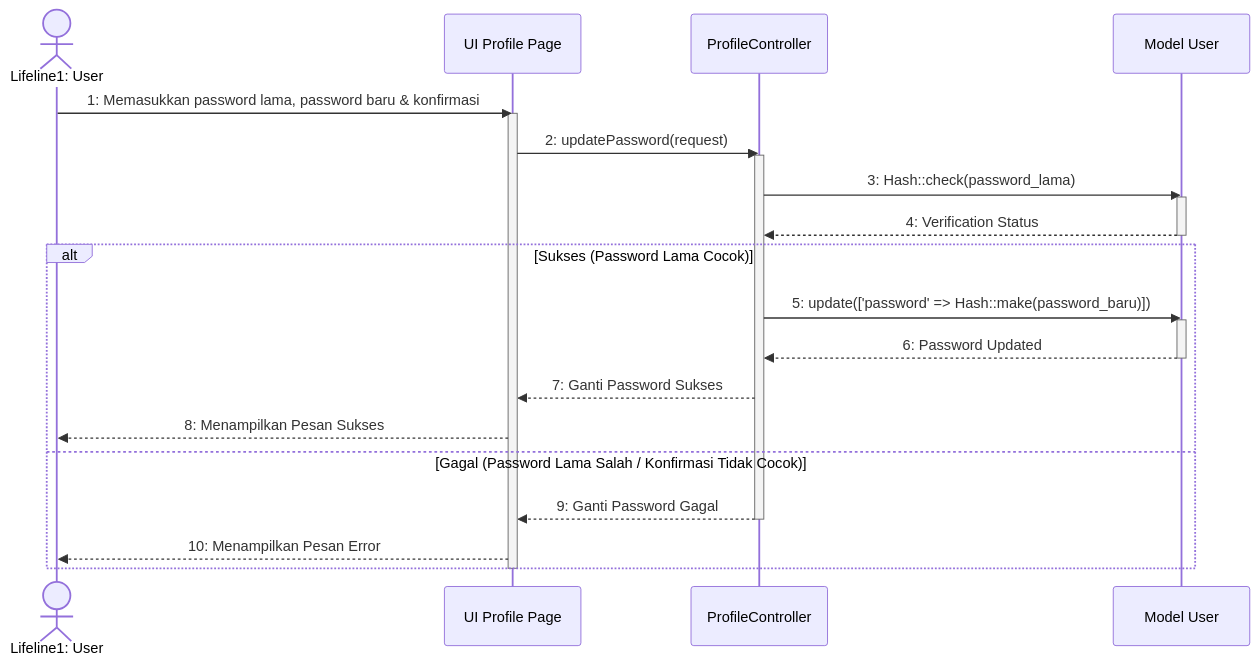
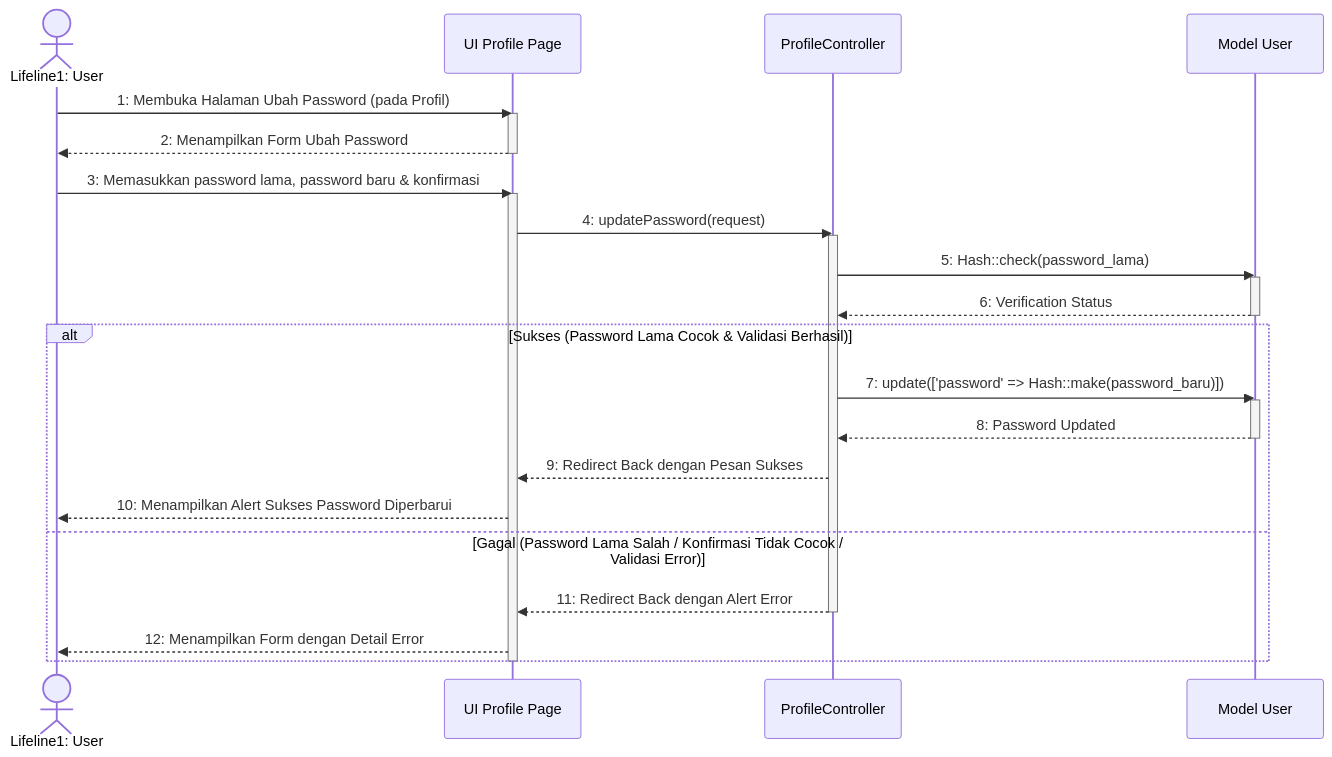
Before and after one commit to Duandi04/ta_submission: the diagram in docs/uml/Sequence Diagram/User/sequence_diagram_ganti_password.md, drawn with Mermaid. The commit also changed 28 other files, not shown here.

Commit message:
refactor: implement program study settings and update UML documentation for Kaprodi configuration

````diff
--- a/docs/uml/Sequence Diagram/User/sequence_diagram_ganti_password.md
+++ b/docs/uml/Sequence Diagram/User/sequence_diagram_ganti_password.md
@@ -5,30 +5,35 @@
 ```mermaid
 sequenceDiagram
     actor User as Lifeline1: User
     participant UI as UI Profile Page
     participant Ctrl as ProfileController
     participant Model as Model User
 
-    User->>UI: 1: Memasukkan password lama, password baru & konfirmasi
+    User->>UI: 1: Membuka Halaman Ubah Password (pada Profil)
     activate UI
-    UI->>Ctrl: 2: updatePassword(request)
+    UI-->>User: 2: Menampilkan Form Ubah Password
+    deactivate UI
+
+    User->>UI: 3: Memasukkan password lama, password baru & konfirmasi
+    activate UI
+    UI->>Ctrl: 4: updatePassword(request)
     activate Ctrl
-    Ctrl->>Model: 3: Hash::check(password_lama)
+    Ctrl->>Model: 5: Hash::check(password_lama)
     activate Model
-    Model-->>Ctrl: 4: Verification Status
+    Model-->>Ctrl: 6: Verification Status
     deactivate Model
 
-    alt Sukses (Password Lama Cocok)
-        Ctrl->>Model: 5: update(['password' => Hash::make(password_baru)])
+    alt Sukses (Password Lama Cocok & Validasi Berhasil)
+        Ctrl->>Model: 7: update(['password' => Hash::make(password_baru)])
         activate Model
-        Model-->>Ctrl: 6: Password Updated
+        Model-->>Ctrl: 8: Password Updated
         deactivate Model
-        Ctrl-->>UI: 7: Ganti Password Sukses
-        UI-->>User: 8: Menampilkan Pesan Sukses
-    else Gagal (Password Lama Salah / Konfirmasi Tidak Cocok)
-        Ctrl-->>UI: 9: Ganti Password Gagal
+        Ctrl-->>UI: 9: Redirect Back dengan Pesan Sukses
+        UI-->>User: 10: Menampilkan Alert Sukses Password Diperbarui
+    else Gagal (Password Lama Salah / Konfirmasi Tidak Cocok / Validasi Error)
+        Ctrl-->>UI: 11: Redirect Back dengan Alert Error
         deactivate Ctrl
-        UI-->>User: 10: Menampilkan Pesan Error
+        UI-->>User: 12: Menampilkan Form dengan Detail Error
     end
     deactivate UI
 ```
````
